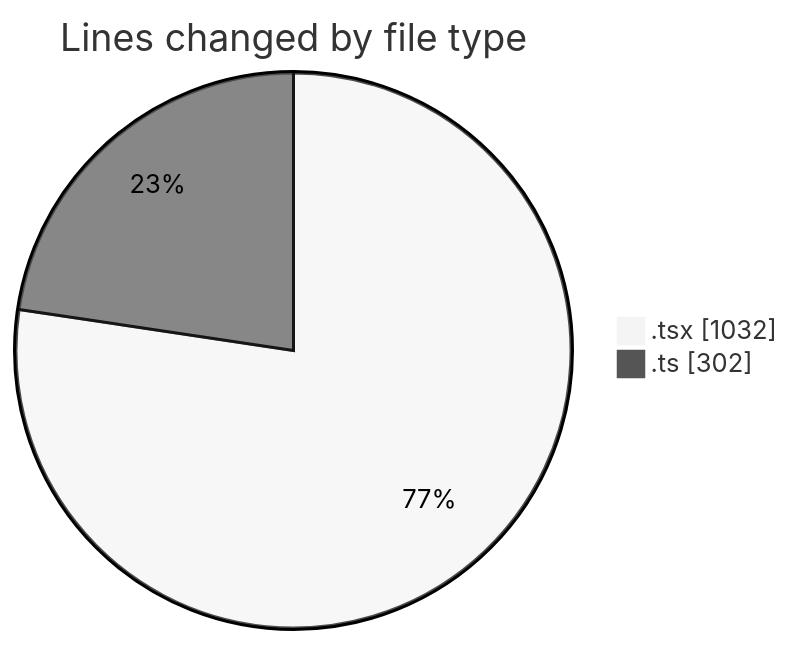
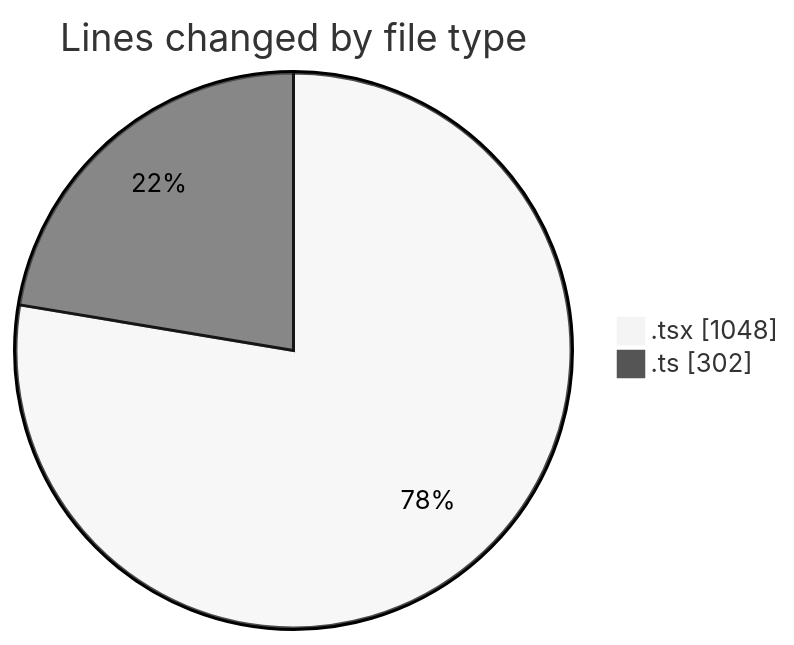
The first of 2 diagrams in 2026-04-19/airfeed-analytics-dashboard/README.md (nxtqubesakshisongat/code-tracking), drawn with Mermaid (neutral theme) before and after one commit. The commit also changed other lines of this file and 1 other file, not shown here.

````diff
--- a/2026-04-19/airfeed-analytics-dashboard/README.md
+++ b/2026-04-19/airfeed-analytics-dashboard/README.md
@@ -27,6 +27,6 @@
 ```mermaid
 pie showData
 title Lines changed by file type
-".tsx" : 1032
+".tsx" : 1048
 ".ts" : 302
 ```
````
